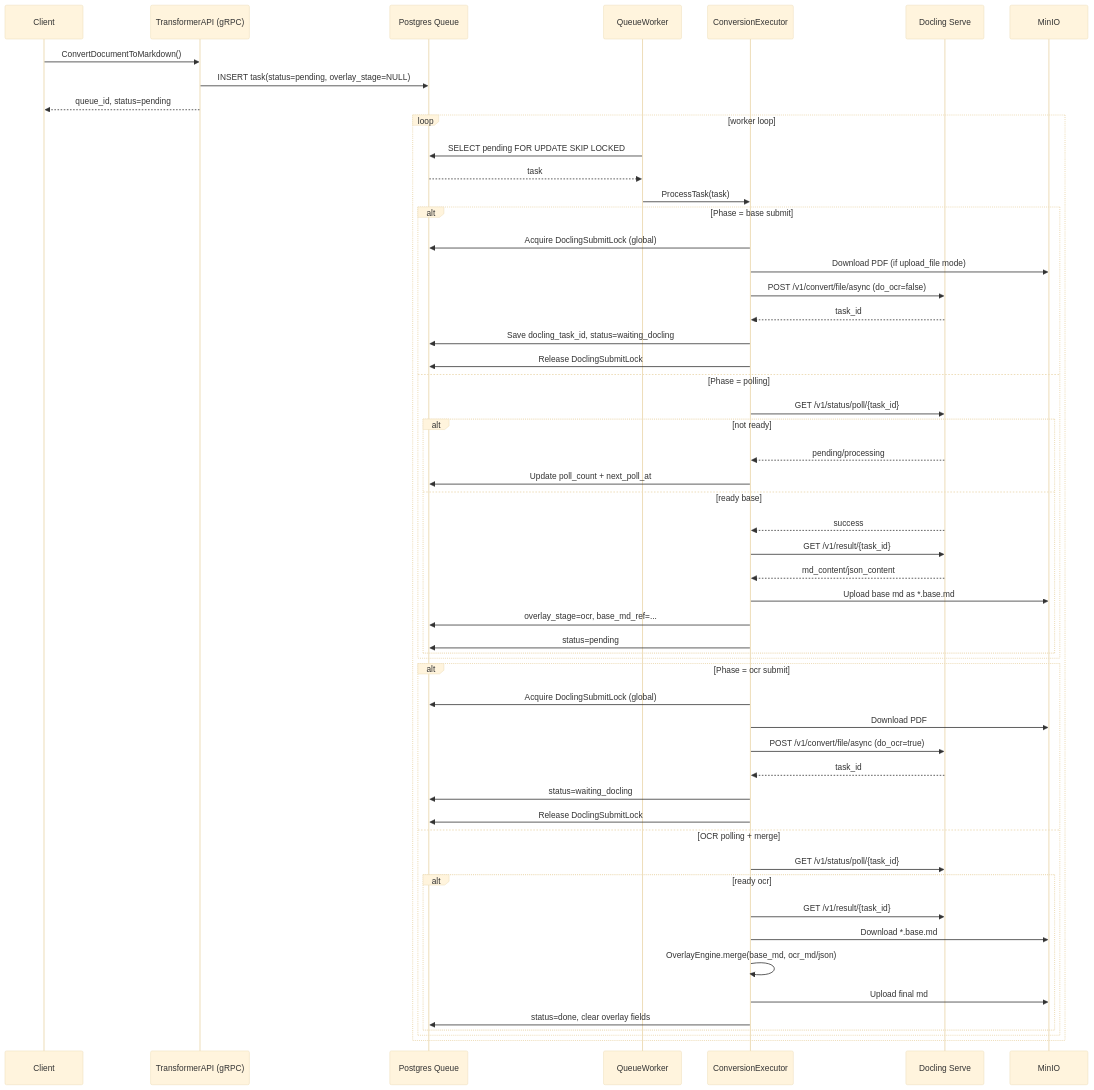
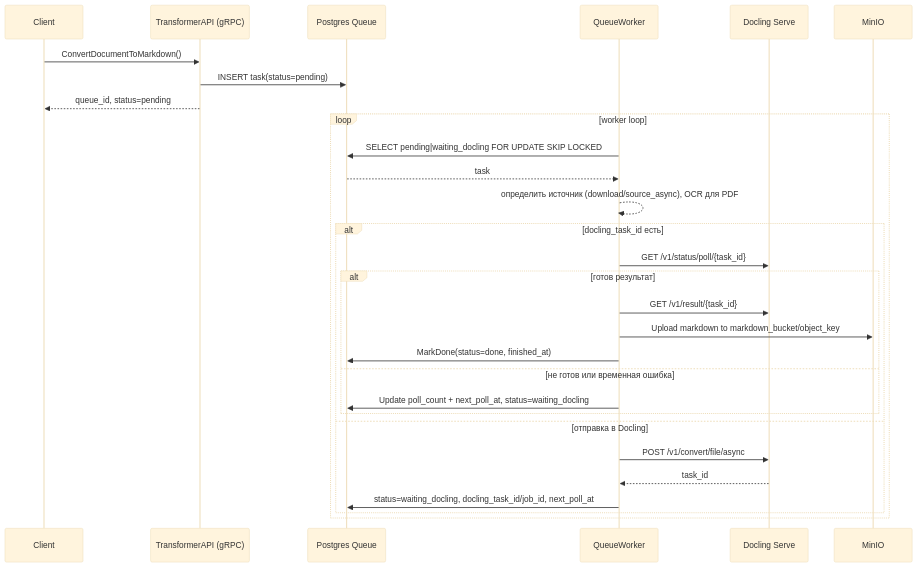
One commit to FedorovTeam/mono-repo changed the second of 3 diagrams in backend/docling-transformer-service/task.md. Above: the diagram before and after it, drawn with Mermaid (base theme). The commit also changed other lines of this file and 14 other files, not shown here.

````diff
--- a/backend/docling-transformer-service/task.md
+++ b/backend/docling-transformer-service/task.md
@@ -199,61 +159,34 @@
 ```mermaid
 sequenceDiagram
     participant C as Client
     participant API as TransformerAPI (gRPC)
     participant DB as Postgres Queue
     participant W as QueueWorker
-    participant EX as ConversionExecutor
     participant DL as Docling Serve
     participant S3 as MinIO
 
     C->>API: ConvertDocumentToMarkdown()
-    API->>DB: INSERT task(status=pending, overlay_stage=NULL)
+    API->>DB: INSERT task(status=pending)
     API-->>C: queue_id, status=pending
 
     loop worker loop
-      W->>DB: SELECT pending FOR UPDATE SKIP LOCKED
+      W->>DB: SELECT pending|waiting_docling FOR UPDATE SKIP LOCKED
       DB-->>W: task
-      W->>EX: ProcessTask(task)
+      W-->>W: определить источник (download/source_async), OCR для PDF
 
-      alt Phase = base submit
-        EX->>DB: Acquire DoclingSubmitLock (global)
-        EX->>S3: Download PDF (if upload_file mode)
-        EX->>DL: POST /v1/convert/file/async (do_ocr=false)
-        DL-->>EX: task_id
-        EX->>DB: Save docling_task_id, status=waiting_docling
-        EX->>DB: Release DoclingSubmitLock
-      else Phase = polling
-        EX->>DL: GET /v1/status/poll/{task_id}
-        alt not ready
-          DL-->>EX: pending/processing
-          EX->>DB: Update poll_count + next_poll_at
-        else ready base
-          DL-->>EX: success
-          EX->>DL: GET /v1/result/{task_id}
-          DL-->>EX: md_content/json_content
-          EX->>S3: Upload base md as *.base.md
-          EX->>DB: overlay_stage=ocr, base_md_ref=...
-          EX->>DB: status=pending
+      alt docling_task_id есть
+        W->>DL: GET /v1/status/poll/{task_id}
+        alt готов результат
+          W->>DL: GET /v1/result/{task_id}
+          W->>S3: Upload markdown to markdown_bucket/object_key
+          W->>DB: MarkDone(status=done, finished_at)
+        else не готов или временная ошибка
+          W->>DB: Update poll_count + next_poll_at, status=waiting_docling
         end
-      end
-
-      alt Phase = ocr submit
-        EX->>DB: Acquire DoclingSubmitLock (global)
-        EX->>S3: Download PDF
-        EX->>DL: POST /v1/convert/file/async (do_ocr=true)
-        DL-->>EX: task_id
-        EX->>DB: status=waiting_docling
-        EX->>DB: Release DoclingSubmitLock
-      else OCR polling + merge
-        EX->>DL: GET /v1/status/poll/{task_id}
-        alt ready ocr
-          EX->>DL: GET /v1/result/{task_id}
-          EX->>S3: Download *.base.md
-          EX->>EX: OverlayEngine.merge(base_md, ocr_md/json)
-          EX->>S3: Upload final md
-          EX->>DB: status=done, clear overlay fields
-        end
+      else отправка в Docling
+        W->>DL: POST /v1/convert/file/async
+        DL-->>W: task_id
+        W->>DB: status=waiting_docling, docling_task_id/job_id, next_poll_at
       end
     end
-
 ```
````
